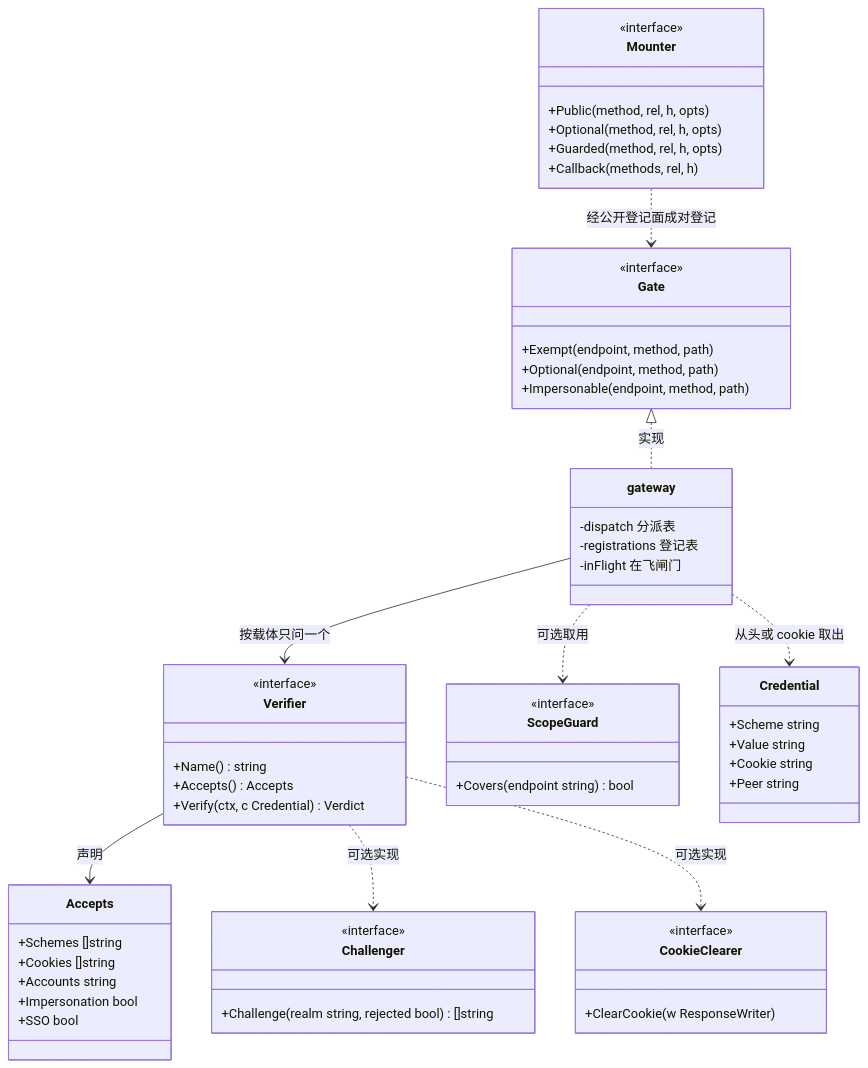
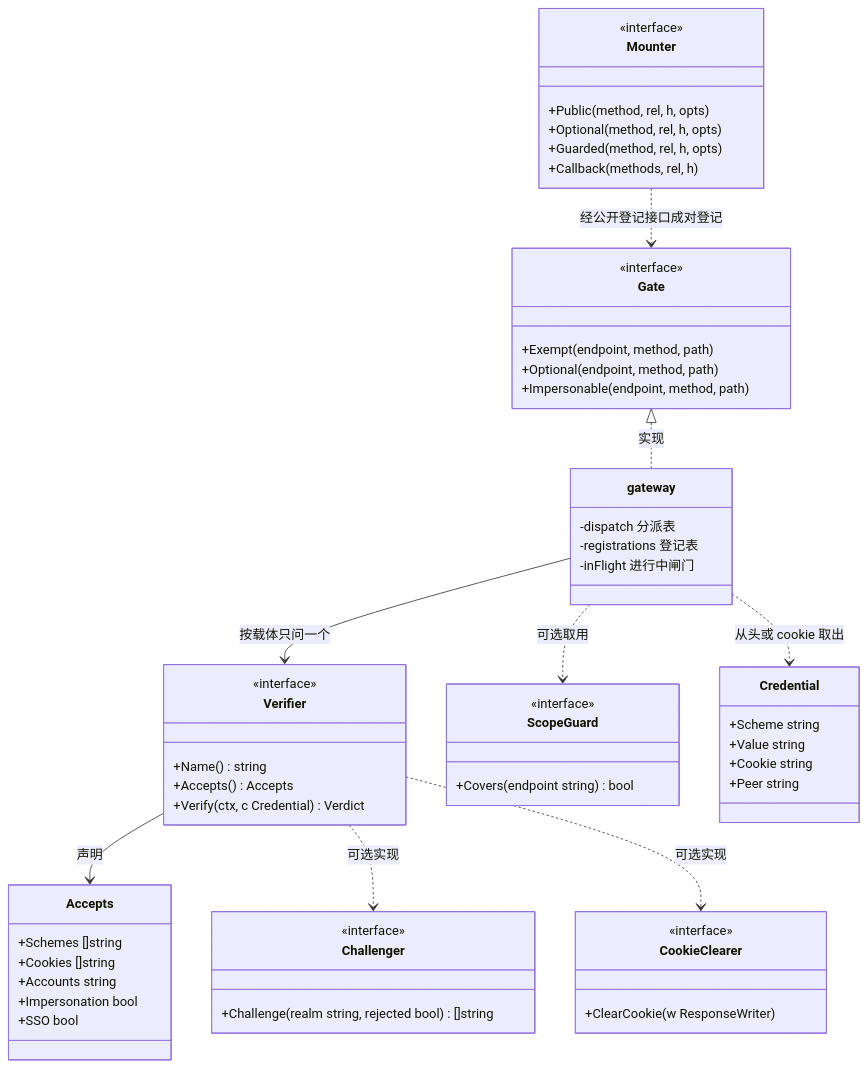
Before and after one commit to wangzw/speed: the first of 3 diagrams in docs/design/modules/authn/design-authn-gate.md, drawn with Mermaid. The commit also changed other lines of this file and 328 other files, not shown here.

````diff
--- a/docs/design/modules/authn/design-authn-gate.md
+++ b/docs/design/modules/authn/design-authn-gate.md
@@ -269,60 +269,60 @@
 ```mermaid
 classDiagram
     class Gate {
         <<interface>>
         +Exempt(endpoint, method, path)
         +Optional(endpoint, method, path)
         +Impersonable(endpoint, method, path)
     }
     class Verifier {
         <<interface>>
         +Name() string
         +Accepts() Accepts
         +Verify(ctx, c Credential) Verdict
     }
     class Challenger {
         <<interface>>
         +Challenge(realm string, rejected bool) []string
     }
     class CookieClearer {
         <<interface>>
         +ClearCookie(w ResponseWriter)
     }
     class ScopeGuard {
         <<interface>>
         +Covers(endpoint string) bool
     }
     class Accepts {
         +Schemes []string
         +Cookies []string
         +Accounts string
         +Impersonation bool
         +SSO bool
     }
     class Credential {
         +Scheme string
         +Value string
         +Cookie string
         +Peer string
     }
     class Mounter {
         <<interface>>
         +Public(method, rel, h, opts)
         +Optional(method, rel, h, opts)
         +Guarded(method, rel, h, opts)
         +Callback(methods, rel, h)
     }
     class gateway {
         -dispatch 分派表
         -registrations 登记表
-        -inFlight 在飞闸门
+        -inFlight 进行中闸门
     }
     Gate <|.. gateway : 实现
     gateway --> Verifier : 按载体只问一个
     gateway ..> Credential : 从头或 cookie 取出
     gateway ..> ScopeGuard : 可选取用
     Verifier --> Accepts : 声明
     Verifier ..> Challenger : 可选实现
     Verifier ..> CookieClearer : 可选实现
-    Mounter ..> Gate : 经公开登记面成对登记
+    Mounter ..> Gate : 经公开登记接口成对登记
 ```
````
